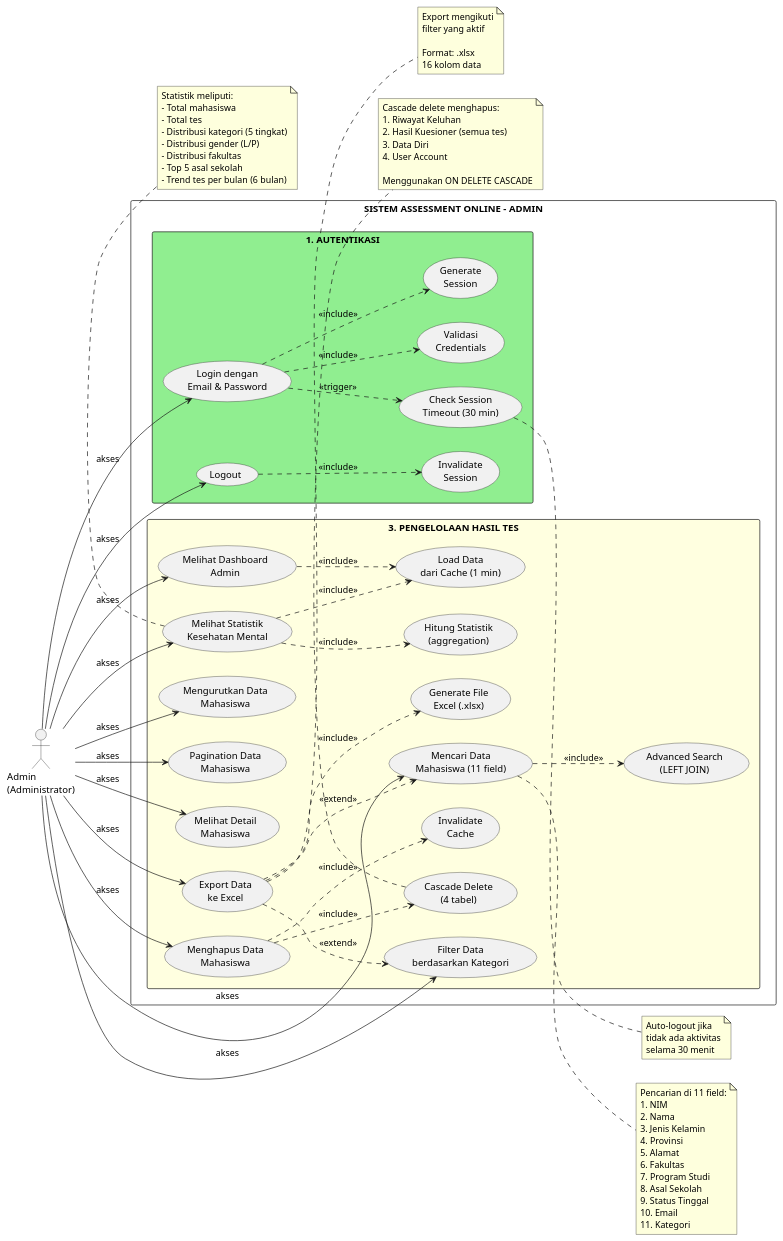
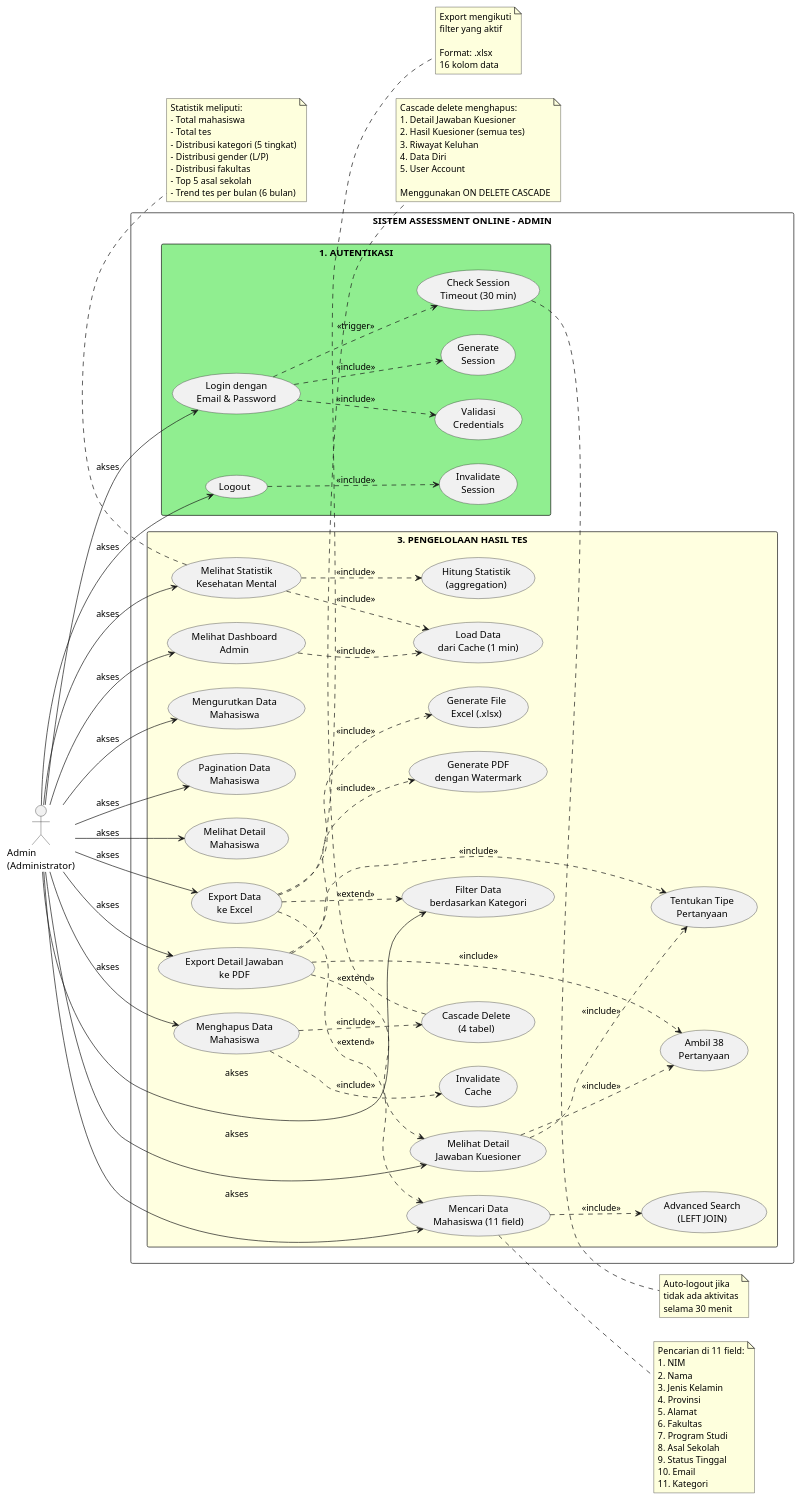
One commit to FathurrahmanAlHafid121140088/AsessmentOnlineITERA changed the second of 2 diagrams in documentation/06-project-info/USE_CASE_DIAGRAM.md. Above: the diagram before and after it, drawn with PlantUML. The commit also changed other lines of this file, not shown here.

First line of the commit message:
docs: Sync USE_CASE_DIAGRAM.md dengan bab3-use-case-diagram-explanation.md (v2.0)

```diff
--- a/documentation/06-project-info/USE_CASE_DIAGRAM.md
+++ b/documentation/06-project-info/USE_CASE_DIAGRAM.md
@@ -247,7 +247,9 @@
 
     ' Management Data
     usecase "Melihat Detail\nMahasiswa" as UC_A_Detail
+    usecase "Melihat Detail\nJawaban Kuesioner" as UC_A_DetailJawaban
     usecase "Export Data\nke Excel" as UC_A_Export
+    usecase "Export Detail Jawaban\nke PDF" as UC_A_ExportPDF
     usecase "Menghapus Data\nMahasiswa" as UC_A_Delete
 
     ' System Use Cases
@@ -255,6 +257,9 @@
     usecase "Advanced Search\n(LEFT JOIN)" as UC_S_AdvSearch
     usecase "Hitung Statistik\n(aggregation)" as UC_S_Aggregation
     usecase "Generate File\nExcel (.xlsx)" as UC_S_GenExcel
+    usecase "Ambil 38\nPertanyaan" as UC_S_Get38Questions
+    usecase "Tentukan Tipe\nPertanyaan" as UC_S_DeterminineType
+    usecase "Generate PDF\ndengan Watermark" as UC_S_GenPDF
     usecase "Cascade Delete\n(4 tabel)" as UC_S_Cascade
     usecase "Invalidate\nCache" as UC_S_InvalCache
   }
@@ -300,8 +305,18 @@
 ' ==========================================
 
 Admin --> UC_A_Detail : "akses"
+Admin --> UC_A_DetailJawaban : "akses"
 Admin --> UC_A_Export : "akses"
+Admin --> UC_A_ExportPDF : "akses"
 Admin --> UC_A_Delete : "akses"
+
+UC_A_DetailJawaban ..> UC_S_Get38Questions : <<include>>
+UC_A_DetailJawaban ..> UC_S_DeterminineType : <<include>>
+
+UC_A_ExportPDF ..> UC_A_DetailJawaban : <<extend>>
+UC_A_ExportPDF ..> UC_S_Get38Questions : <<include>>
+UC_A_ExportPDF ..> UC_S_DeterminineType : <<include>>
+UC_A_ExportPDF ..> UC_S_GenPDF : <<include>>
 
 UC_A_Export ..> UC_A_Search : <<extend>>
 UC_A_Export ..> UC_A_Filter : <<extend>>
@@ -337,10 +352,11 @@
 
 note bottom of UC_S_Cascade
   Cascade delete menghapus:
-  1. Riwayat Keluhan
+  1. Detail Jawaban Kuesioner
   2. Hasil Kuesioner (semua tes)
-  3. Data Diri
-  4. User Account
+  3. Riwayat Keluhan
+  4. Data Diri
+  5. User Account
 
   Menggunakan ON DELETE CASCADE
 end note
```
